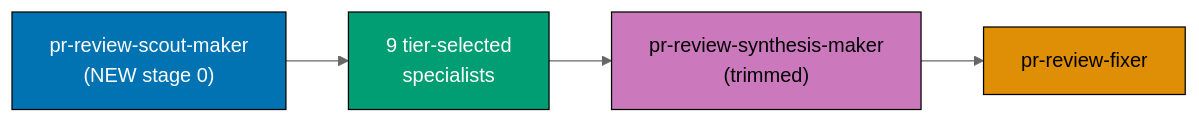
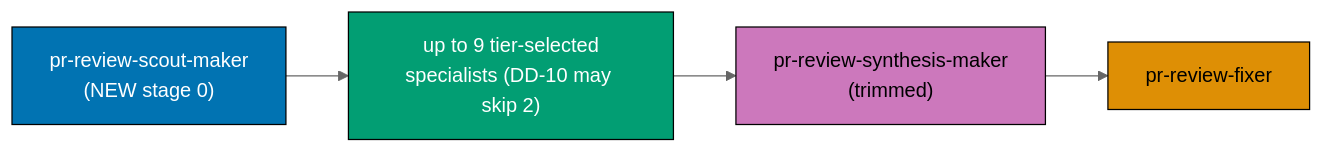
One commit to wahidyankf/open-sharia-fintech changed the diagram in plans/in-progress/pr-review-cycle-scout-and-typesafety/README.md. Above: the diagram before and after it, drawn with Mermaid (neutral theme). The commit also changed 40 other files, not shown here.

First line of the commit message:
fix(agents): resolve cycle-1 PR review findings for scout+types pipeline

````diff
--- a/plans/in-progress/pr-review-cycle-scout-and-typesafety/README.md
+++ b/plans/in-progress/pr-review-cycle-scout-and-typesafety/README.md
@@ -109,13 +109,13 @@
 ```mermaid
 %% Color palette: Blue #0173B2 (scout, new), Teal #029E73 (specialists, incl. new types),
 %% Purple #CC78BC (coordinator, trimmed), Orange #DE8F05 (fixer, unchanged)
 flowchart LR
-  SC["pr-review-scout-maker<br/>(NEW stage 0)"]:::blue --> FAN["9 tier-selected<br/>specialists"]:::teal
+  SC["pr-review-scout-maker<br/>(NEW stage 0)"]:::blue --> FAN["up to 9 tier-selected<br/>specialists (DD-10 may skip 2)"]:::teal
   FAN --> SY["pr-review-synthesis-maker<br/>(trimmed)"]:::purple
   SY --> FX["pr-review-fixer"]:::orange
 
   classDef blue fill:#0173B2,stroke:#000000,color:#FFFFFF
   classDef teal fill:#029E73,stroke:#000000,color:#FFFFFF
   classDef purple fill:#CC78BC,stroke:#000000,color:#000000
   classDef orange fill:#DE8F05,stroke:#000000,color:#000000
 ```
````
